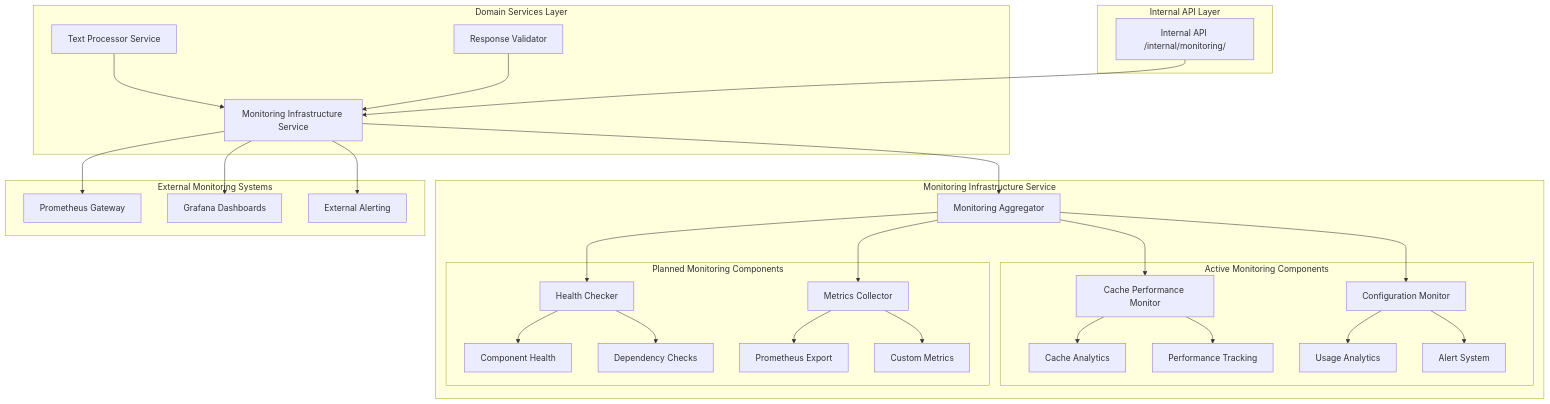
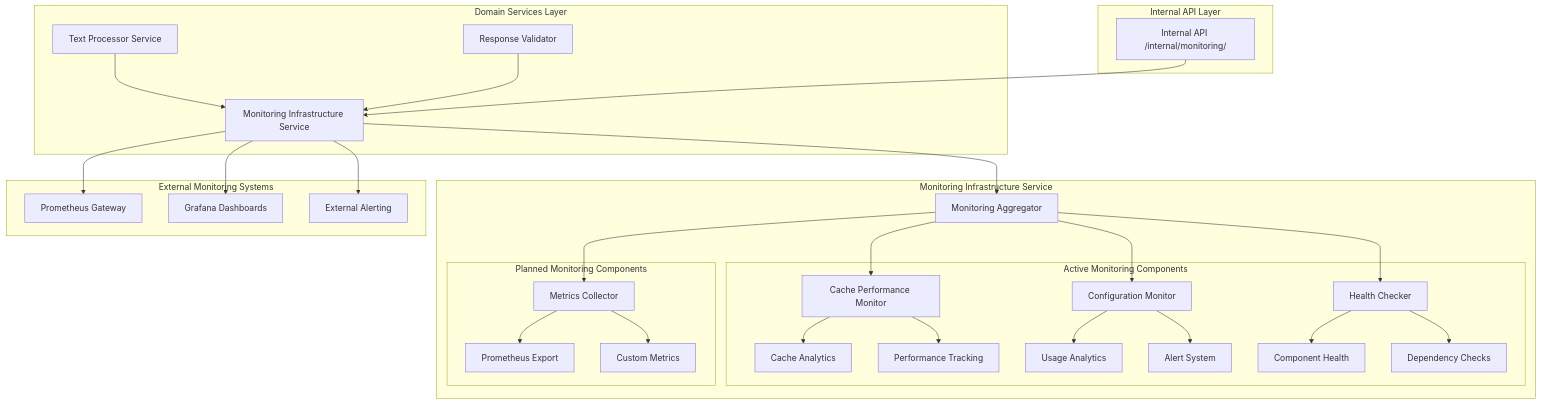
The first of 2 diagrams in docs/guides/infrastructure/MONITORING.md (matthannigan/fastapi-streamlit-llm-starter), drawn with Mermaid before and after one commit. The commit also changed other lines of this file and 6 other files, not shown here.

````diff
--- a/docs/guides/infrastructure/MONITORING.md
+++ b/docs/guides/infrastructure/MONITORING.md
@@ -14,39 +14,40 @@
 ```mermaid
 graph TB
     subgraph "Domain Services Layer"
         DS[Text Processor Service] --> MONITORING_INFRA[Monitoring Infrastructure Service]
         VAL[Response Validator] --> MONITORING_INFRA
     end
     
     subgraph "Monitoring Infrastructure Service"
         MONITORING_INFRA --> AGGREGATOR[Monitoring Aggregator]
         AGGREGATOR --> CACHE_MONITOR[Cache Performance Monitor]
         AGGREGATOR --> CONFIG_MONITOR[Configuration Monitor]
         AGGREGATOR --> HEALTH_CHECKER[Health Checker]
         AGGREGATOR --> METRICS_COLLECTOR[Metrics Collector]
         
+        
         subgraph "Active Monitoring Components"
             CACHE_MONITOR --> CACHE_ANALYTICS[Cache Analytics]
             CACHE_MONITOR --> PERF_TRACKING[Performance Tracking]
             CONFIG_MONITOR --> USAGE_ANALYTICS[Usage Analytics]
             CONFIG_MONITOR --> ALERT_SYSTEM[Alert System]
+            HEALTH_CHECKER --> COMPONENT_HEALTH[Component Health]
+            HEALTH_CHECKER --> DEPENDENCY_CHECKS[Dependency Checks]
         end
         
         subgraph "Planned Monitoring Components"
-            HEALTH_CHECKER --> COMPONENT_HEALTH[Component Health]
-            HEALTH_CHECKER --> DEPENDENCY_CHECKS[Dependency Checks]
             METRICS_COLLECTOR --> PROMETHEUS[Prometheus Export]
             METRICS_COLLECTOR --> CUSTOM_METRICS[Custom Metrics]
         end
     end
     
     subgraph "Internal API Layer"
         INT_API[Internal API /internal/monitoring/] --> MONITORING_INFRA
     end
     
     subgraph "External Monitoring Systems"
         MONITORING_INFRA --> PROMETHEUS_GW[Prometheus Gateway]
         MONITORING_INFRA --> GRAFANA[Grafana Dashboards]
         MONITORING_INFRA --> ALERTING[External Alerting]
     end
 ```
````
